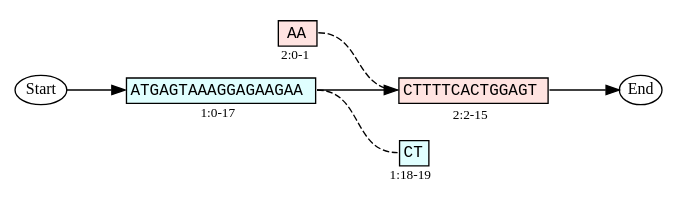
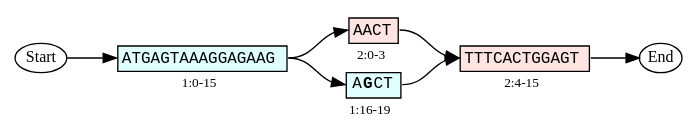
One commit to ginkgobioworks/gen changed the diagram in docs/figures/operators/stitch_both.dot. Above: the diagram before and after it, drawn with Graphviz. The commit also changed 13 other files, not shown here.

```diff
--- a/docs/figures/operators/stitch_both.dot
+++ b/docs/figures/operators/stitch_both.dot
@@ -1,37 +1,40 @@
 strict digraph "" {
 	graph [fontnames=svg,
 		rankdir=LR,
 		nodesep=0
 	];
 	node [label="\N"];
 	start	[fontsize=12,
 		height=0.3,
 		label=Start,
 		margin=0,
 		width=0.45];
+	1 	[label=<<TABLE BORDER='0' CELLBORDER='1'><TR><TD ALIGN='CENTER' BGCOLOR='LIGHTCYAN' PORT='seq'><FONT POINT-SIZE='12' FACE='Monospace'>ATGAGTAAAGGAGAAG</FONT></TD></TR><TR><TD BORDER='0' ALIGN='CENTER'><FONT POINT-SIZE='10'>1:0-15</FONT></TD></TR></TABLE>>,
+		margin=0,
+		shape=none];
+	2	[label=<<TABLE BORDER='0' CELLBORDER='1'><TR><TD ALIGN='CENTER' BGCOLOR='MISTYROSE' PORT='seq'><FONT POINT-SIZE='12' FACE='Monospace'>TTTCACTGGAGT</FONT></TD></TR><TR><TD BORDER='0' ALIGN='CENTER'><FONT POINT-SIZE='10'>2:4-15</FONT></TD></TR></TABLE>>,
+		margin=0,
+		shape=none];
+    4 	[label=<<TABLE BORDER='0' CELLBORDER='1'><TR><TD ALIGN='CENTER' BGCOLOR='MISTYROSE' PORT='seq'><FONT POINT-SIZE='12' FACE='Monospace'>AACT</FONT></TD></TR><TR><TD BORDER='0' ALIGN='CENTER'><FONT POINT-SIZE='10'>2:0-3</FONT></TD></TR></TABLE>>,
+		margin=0,
+		shape=none];
+	3 	[label=<<TABLE BORDER='0' CELLBORDER='1'><TR><TD ALIGN='CENTER' BGCOLOR='LIGHTCYAN' PORT='seq'><FONT POINT-SIZE='12' FACE='Monospace'>A<B>G</B>CT</FONT></TD></TR><TR><TD BORDER='0' ALIGN='CENTER'><FONT POINT-SIZE='10'>1:16-19</FONT></TD></TR></TABLE>>,
+		margin=0,
+		shape=none];
 
-    1	[label=<<TABLE BORDER='0' CELLSPACING='0' WIDTH='115'><TR><TD ALIGN='CENTER' BORDER='1' BGCOLOR='LIGHTCYAN' PORT='seq'><FONT POINT-SIZE='12' FACE='Monospace'>ATGAGTAAAGGAGAAGAA</FONT></TD></TR><TR><TD ALIGN='CENTER' ><FONT POINT-SIZE='10'>1:0-17</FONT></TD></TR></TABLE>>,
-        shape=none];
 
-    2	[label=<<TABLE BORDER='0'><TR><TD BORDER='1' ALIGN='CENTER' BGCOLOR='MISTYROSE' PORT='seq'><FONT POINT-SIZE='12' FACE='Monospace'>CTTTTCACTGGAGT</FONT></TD></TR><TR><TD ALIGN='CENTER'><FONT POINT-SIZE='10'>2:2-15</FONT></TD></TR></TABLE>>,
-        shape=none];
-
-    3 	[label=<<TABLE BORDER='0' CELLSPACING='0'><TR><TD ALIGN='CENTER' BORDER='1' PORT='seq' BGCOLOR='LIGHTCYAN' FIXEDSIZE='TRUE' WIDTH='0'><FONT POINT-SIZE='12' FACE='Monospace'>CT</FONT></TD><TD WIDTH='90'></TD></TR><TR><TD ALIGN='CENTER'><FONT POINT-SIZE='10'>1:18-19</FONT></TD><TD></TD></TR></TABLE>>,
-        shape=none];
-
-	4   [label=<<TABLE BORDER='0' CELLSPACING='0'><TR><TD WIDTH='115'></TD><TD ALIGN='CENTER' BORDER='1' BGCOLOR='MISTYROSE' PORT='seq'><FONT POINT-SIZE='12' FACE='Monospace'>AA</FONT></TD></TR><TR><TD BORDER='0'></TD><TD ALIGN='CENTER'><FONT POINT-SIZE='10'>2:0-1</FONT></TD></TR></TABLE>>,
-            shape=none];
 
 	end	[fontsize=12,
 		height=0.3,
 		label=End,
 		margin=0,
 		width=0.45];
 
 	start:e -> 1:seq:w;
-	1:seq:e -> 2:seq:w [weight=10];
-	1:seq:e -> 3:seq:w [style=dashed, arrowhead=none];
-    4:seq:e -> 2:seq:w [style=dashed, arrowhead=none];
+	1:seq:e -> 4:seq:w;
+	1:seq:e -> 3:seq:w;
+    4:seq:e -> 2:seq:w;
+    3:seq:e -> 2:seq:w;
 	2:seq:e -> end:w;
 
 }
```
